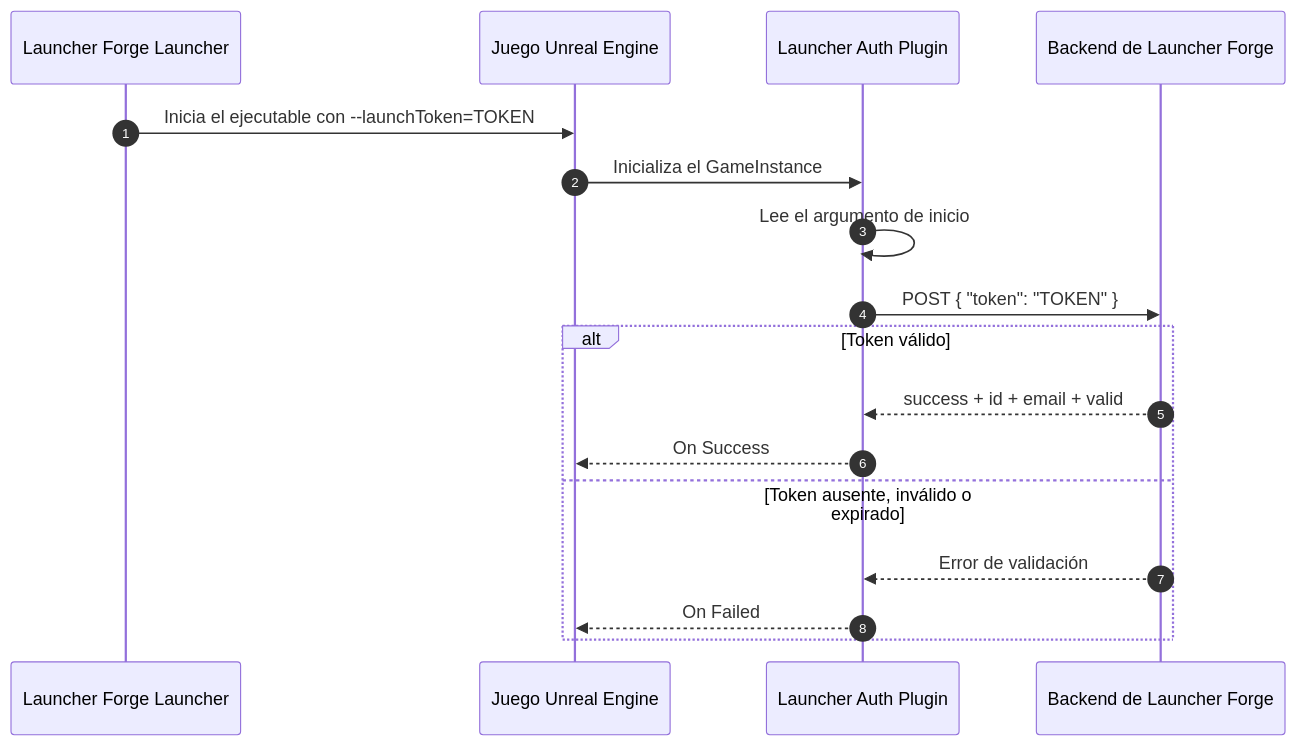
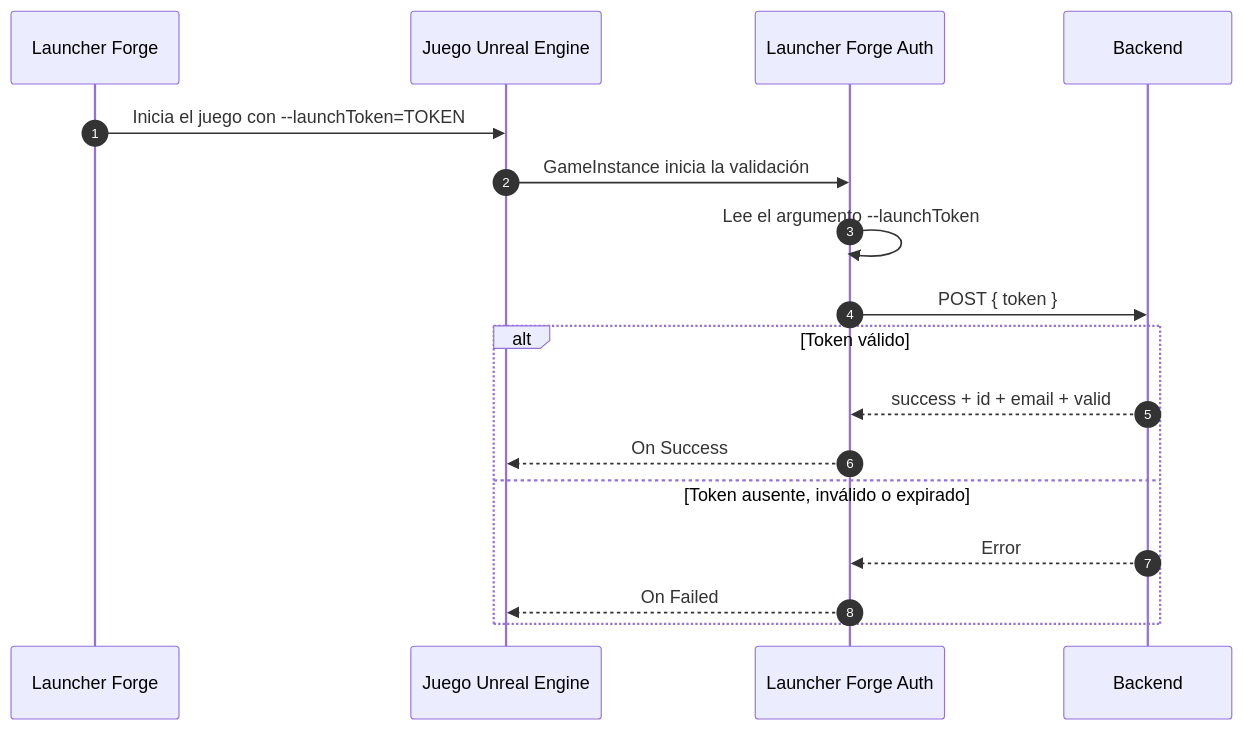
One commit to cribertt/LauncherDocs changed the diagram in es/engine-integrations/unreal-engine.mdx. Above: the diagram before and after it, drawn with Mermaid. The commit also changed other lines of this file and 10 other files, not shown here.

````diff
--- a/es/engine-integrations/unreal-engine.mdx
+++ b/es/engine-integrations/unreal-engine.mdx
@@ -36,21 +34,21 @@
 ```mermaid
 sequenceDiagram
     autonumber
-    participant L as Launcher Forge Launcher
+    participant L as Launcher Forge
     participant G as Juego Unreal Engine
-    participant P as Launcher Auth Plugin
-    participant B as Backend de Launcher Forge
+    participant P as Launcher Forge Auth
+    participant B as Backend
 
-    L->>G: Inicia el ejecutable con --launchToken=TOKEN
-    G->>P: Inicializa el GameInstance
-    P->>P: Lee el argumento de inicio
-    P->>B: POST { "token": "TOKEN" }
+    L->>G: Inicia el juego con --launchToken=TOKEN
+    G->>P: GameInstance inicia la validación
+    P->>P: Lee el argumento --launchToken
+    P->>B: POST { token }
 
     alt Token válido
         B-->>P: success + id + email + valid
         P-->>G: On Success
     else Token ausente, inválido o expirado
-        B-->>P: Error de validación
+        B-->>P: Error
         P-->>G: On Failed
     end
 ```
````
